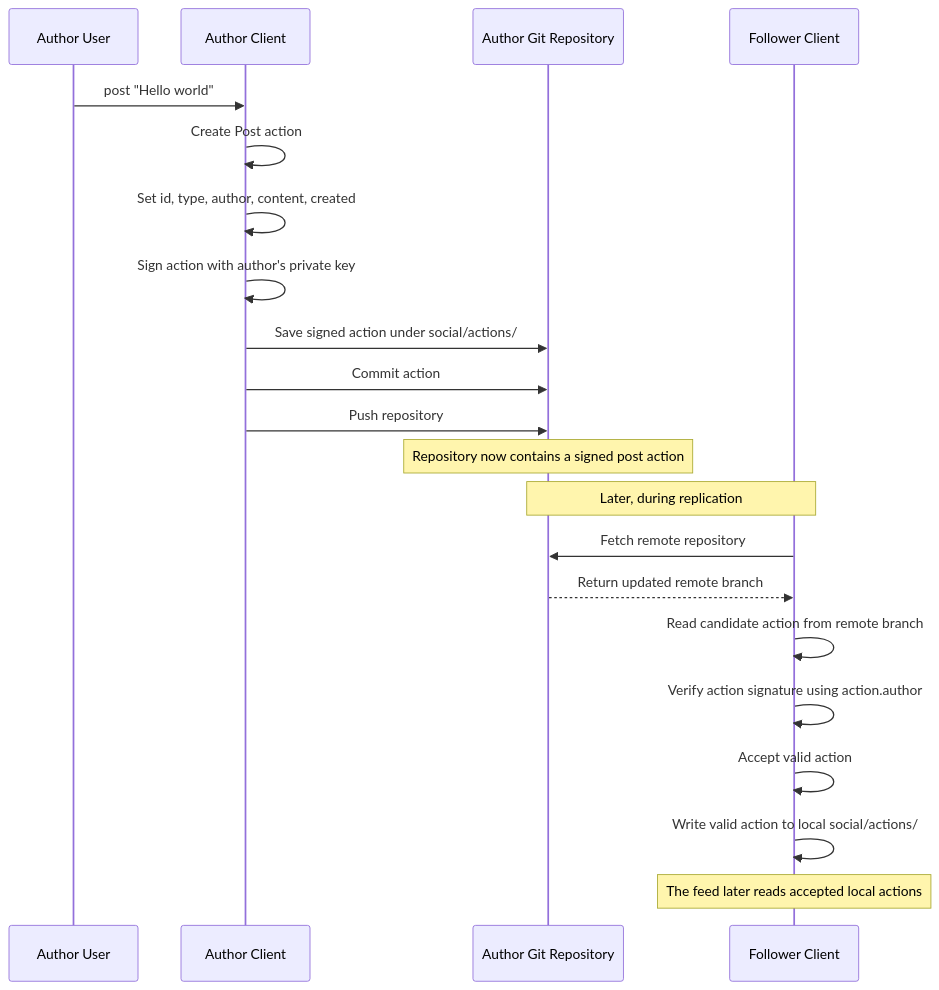
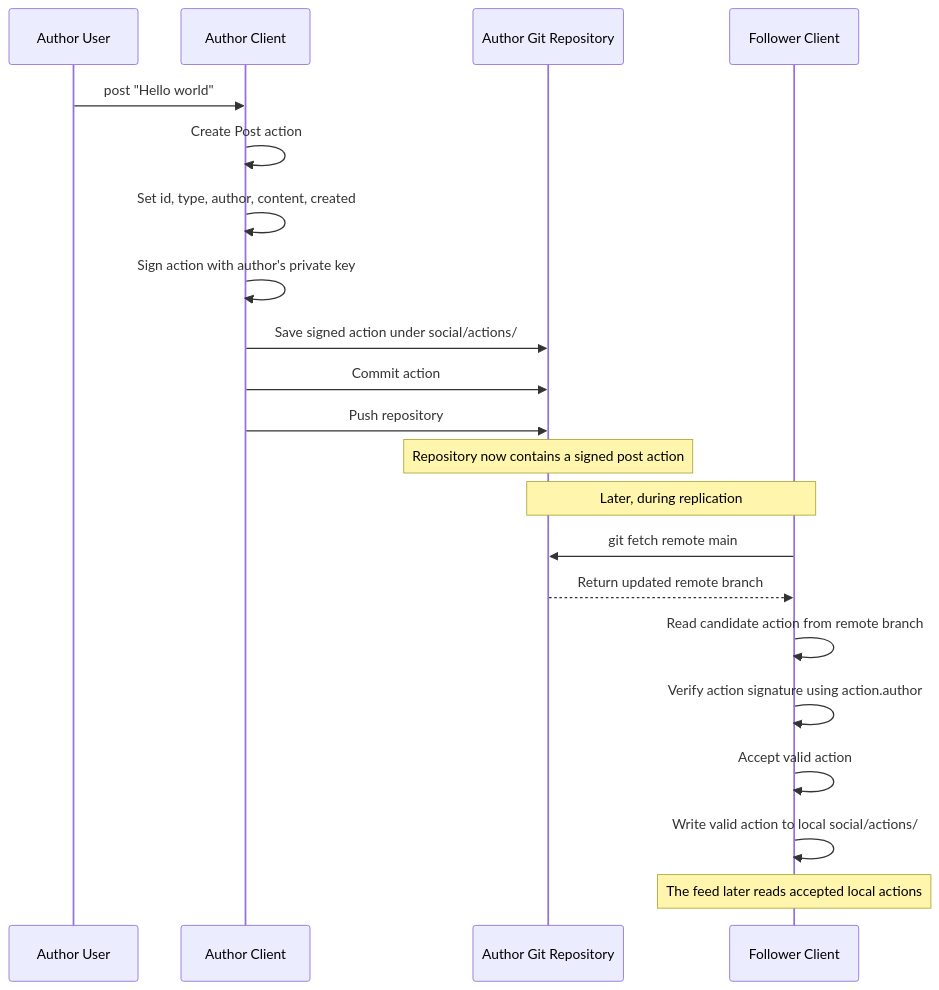
Before and after one commit to gargster/ELEC4712_Decentralised_Blog: the first of 6 diagrams in latest_design.md, drawn with Mermaid. The commit also changed other lines of this file, not shown here.

First line of the commit message:
refine protocol workflow diagrams

````diff
--- a/latest_design.md
+++ b/latest_design.md
@@ -3,30 +3,30 @@
 ```mermaid
 sequenceDiagram
     participant Author as Author User
     participant Client as Author Client
     participant Repo as Author Git Repository
     participant Follower as Follower Client
 
     Author->>Client: post "Hello world"
 
     Client->>Client: Create Post action
     Client->>Client: Set id, type, author, content, created
     Client->>Client: Sign action with author's private key
 
     Client->>Repo: Save signed action under social/actions/
     Client->>Repo: Commit action
     Client->>Repo: Push repository
 
     Note over Repo: Repository now contains a signed post action
     Note over Repo,Follower: Later, during replication
 
-    Follower->>Repo: Fetch remote repository
+    Follower->>Repo: git fetch remote main
     Repo-->>Follower: Return updated remote branch
 
     Follower->>Follower: Read candidate action from remote branch
     Follower->>Follower: Verify action signature using action.author
     Follower->>Follower: Accept valid action
     Follower->>Follower: Write valid action to local social/actions/
 
     Note over Follower: The feed later reads accepted local actions
 ```
````
